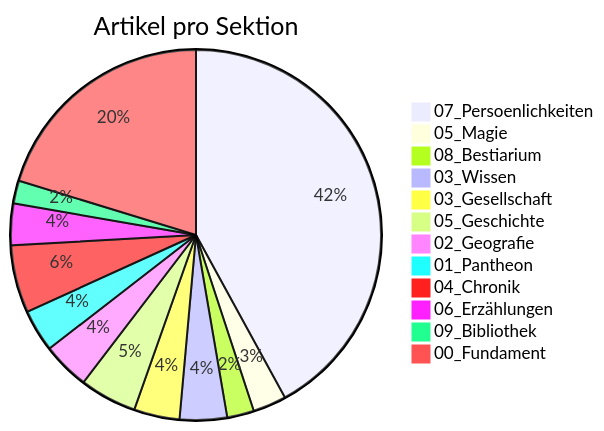
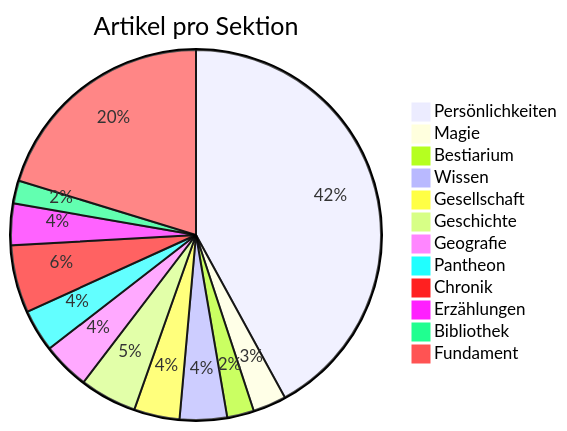
The diagram in docs/Siebenwind_Wiki/10_Archiv/Wiki_Statistiken.md (Siebenwind/7w_wiki), drawn with Mermaid before and after one commit. The commit also changed other lines of this file and 142 other files, not shown here.

````diff
--- a/docs/Siebenwind_Wiki/10_Archiv/Wiki_Statistiken.md
+++ b/docs/Siebenwind_Wiki/10_Archiv/Wiki_Statistiken.md
@@ -39,15 +39,15 @@
 ```mermaid
 pie title Artikel pro Sektion
-    "07_Persoenlichkeiten" : 591
-    "05_Magie" : 41
-    "08_Bestiarium" : 33
-    "03_Wissen" : 58
-    "03_Gesellschaft" : 56
-    "05_Geschichte" : 70
-    "02_Geografie" : 58
-    "01_Pantheon" : 52
-    "04_Chronik" : 83
-    "06_Erzählungen" : 51
-    "09_Bibliothek" : 28
-    "00_Fundament" : 285
+    "Persönlichkeiten" : 591
+    "Magie" : 41
+    "Bestiarium" : 33
+    "Wissen" : 58
+    "Gesellschaft" : 56
+    "Geschichte" : 70
+    "Geografie" : 58
+    "Pantheon" : 52
+    "Chronik" : 83
+    "Erzählungen" : 51
+    "Bibliothek" : 28
+    "Fundament" : 285
 ```
````
